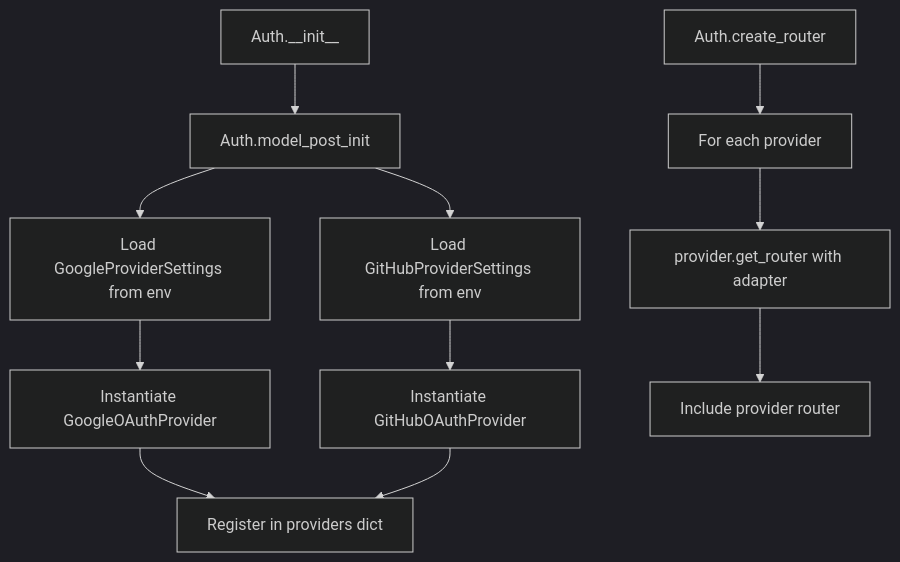
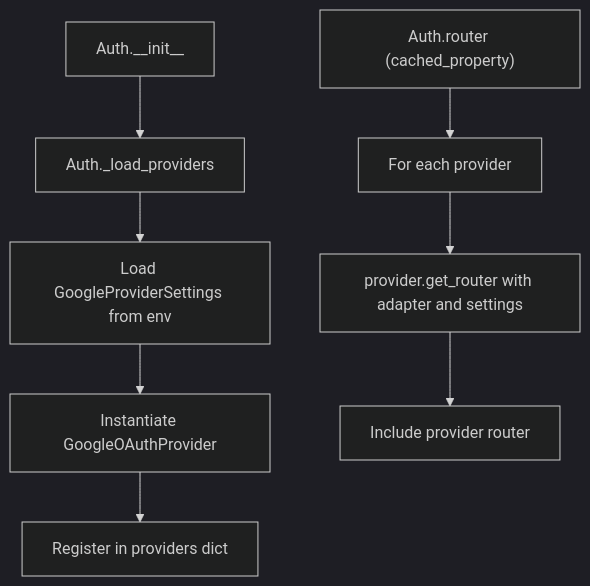
One commit to mplemay/belgie changed the first of 3 diagrams in design/002-generic-oauth-providers.md. Above: the diagram before and after it, drawn with Mermaid (dark theme). The commit also changed other lines of this file, not shown here.

````diff
--- a/design/002-generic-oauth-providers.md
+++ b/design/002-generic-oauth-providers.md
@@ -83,13 +80,10 @@
 ```mermaid
 graph TD
-    A["Auth.__init__"] --> B["Auth.model_post_init"]
+    A["Auth.__init__"] --> B["Auth._load_providers"]
     B --> C["Load GoogleProviderSettings from env"]
-    B --> D["Load GitHubProviderSettings from env"]
     C --> E["Instantiate GoogleOAuthProvider"]
-    D --> F["Instantiate GitHubOAuthProvider"]
     E --> G["Register in providers dict"]
-    F --> G
-    H["Auth.create_router"] --> I["For each provider"]
-    I --> J["provider.get_router with adapter"]
+    H["Auth.router (cached_property)"] --> I["For each provider"]
+    I --> J["provider.get_router with adapter and settings"]
     J --> K["Include provider router"]
 ```
````
